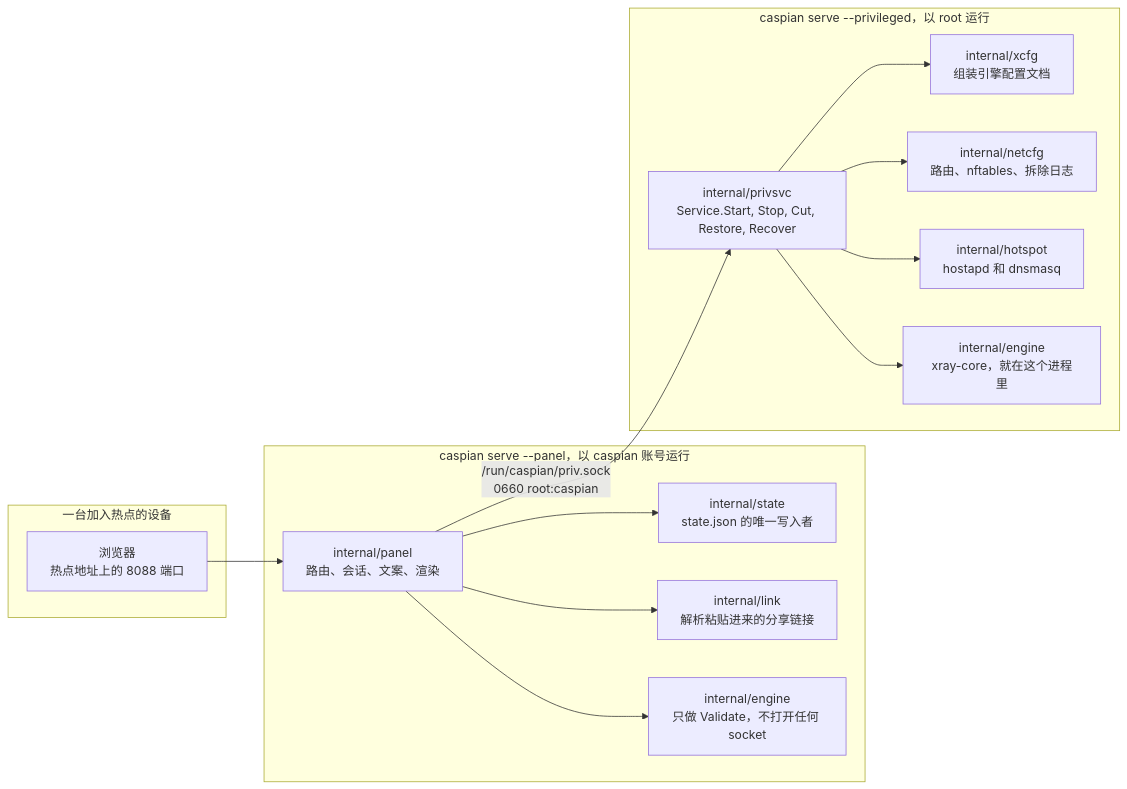
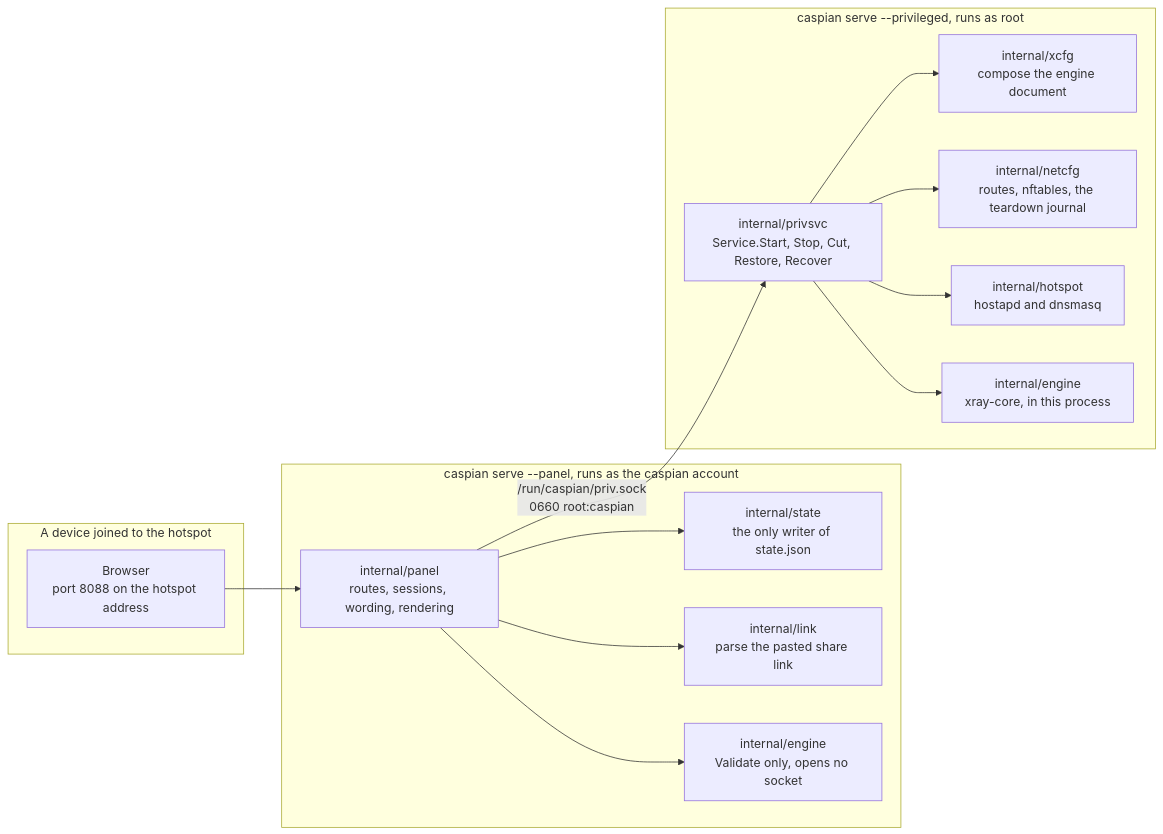
Before and after one commit to Iman/caspian: the first of 8 diagrams in docs/wiki/Architecture.zh.md, drawn with Mermaid. The commit also changed other lines of this file and 149 other files, not shown here.

````diff
--- a/docs/wiki/Architecture.zh.md
+++ b/docs/wiki/Architecture.zh.md
@@ -22,31 +28,31 @@
 ```mermaid
 flowchart LR
-    subgraph device["一台加入热点的设备"]
-        BR["浏览器<br/>热点地址上的 8088 端口"]
+    subgraph device["A device joined to the hotspot"]
+        BR["Browser<br/>port 8088 on the hotspot address"]
     end
 
-    subgraph panelproc["caspian serve --panel，以 caspian 账号运行"]
-        PANEL["internal/panel<br/>路由、会话、文案、渲染"]
-        STATE["internal/state<br/>state.json 的唯一写入者"]
-        LINK1["internal/link<br/>解析粘贴进来的分享链接"]
-        ENG1["internal/engine<br/>只做 Validate，不打开任何 socket"]
+    subgraph panelproc["caspian serve --panel, runs as the caspian account"]
+        PANEL["internal/panel<br/>routes, sessions, wording, rendering"]
+        STATE["internal/state<br/>the only writer of state.json"]
+        LINK1["internal/link<br/>parse the pasted share link"]
+        ENG1["internal/engine<br/>Validate only, opens no socket"]
     end
 
-    subgraph privproc["caspian serve --privileged，以 root 运行"]
+    subgraph privproc["caspian serve --privileged, runs as root"]
         SVC["internal/privsvc<br/>Service.Start, Stop, Cut, Restore, Recover"]
-        XCFG["internal/xcfg<br/>组装引擎配置文档"]
-        NETCFG["internal/netcfg<br/>路由、nftables、拆除日志"]
-        HOT["internal/hotspot<br/>hostapd 和 dnsmasq"]
-        ENG2["internal/engine<br/>xray-core，就在这个进程里"]
+        XCFG["internal/xcfg<br/>compose the engine document"]
+        NETCFG["internal/netcfg<br/>routes, nftables, the teardown journal"]
+        HOT["internal/hotspot<br/>hostapd and dnsmasq"]
+        ENG2["internal/engine<br/>xray-core, in this process"]
     end
 
     BR --> PANEL
     PANEL --> STATE
     PANEL --> LINK1
     PANEL --> ENG1
     PANEL -->|"/run/caspian/priv.sock<br/>0660 root:caspian"| SVC
     SVC --> XCFG
     SVC --> NETCFG
     SVC --> HOT
     SVC --> ENG2
 ```
````
